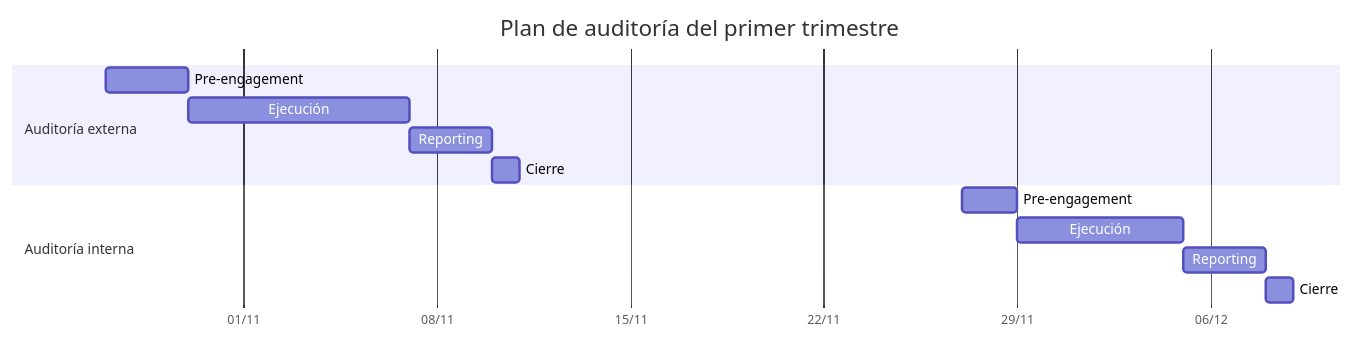
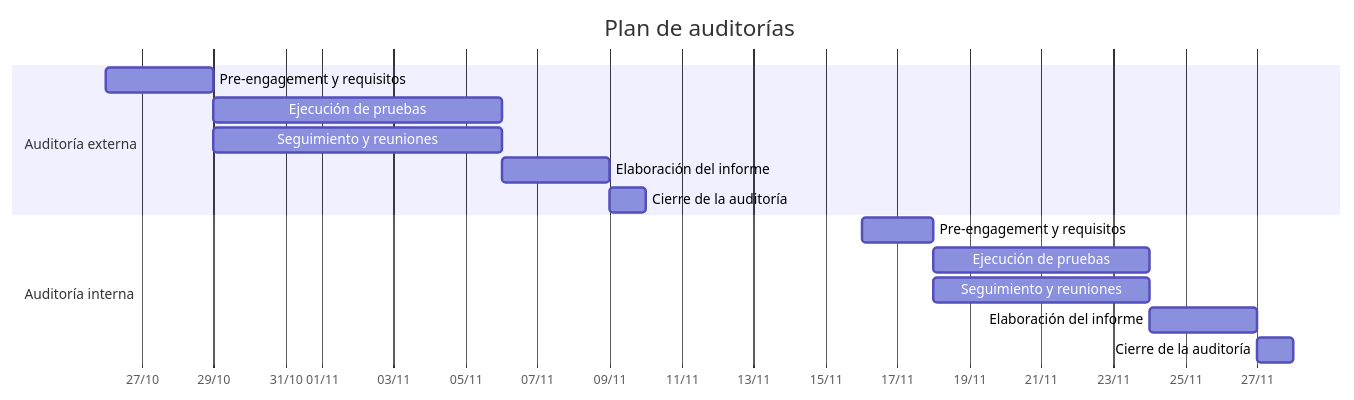
One commit to ciberchh3f/UT1.01_Auditoria_de_Hacking_Etico changed the diagram in README.md. Above: the diagram before and after it, drawn with Mermaid.

````diff
--- a/README.md
+++ b/README.md
@@ -138,18 +138,20 @@
 ```mermaid
 gantt
-    title Plan de auditoría del primer trimestre
+    title Plan de auditorías
     dateFormat YYYY-MM-DD
     axisFormat %d/%m
 
     section Auditoría externa
-    Pre-engagement       :a1, 2026-10-27, 3d
-    Ejecución            :a2, after a1, 8d
-    Reporting            :a3, after a2, 3d
-    Cierre               :a4, after a3, 1d
+    Pre-engagement y requisitos :a1, 2026-10-26, 3d
+    Ejecución de pruebas :a2, after a1, 8d
+    Seguimiento y reuniones :a3, 2026-10-29, 8d
+    Elaboración del informe :a4, after a2, 3d
+    Cierre de la auditoría :a5, after a4, 1d
 
     section Auditoría interna
-    Pre-engagement       :b1, 2026-11-27, 2d
-    Ejecución            :b2, after b1, 6d
-    Reporting            :b3, after b2, 3d
-    Cierre               :b4, after b3, 1d
+    Pre-engagement y requisitos :b1, 2026-11-16, 2d
+    Ejecución de pruebas :b2, after b1, 6d
+    Seguimiento y reuniones :b3, 2026-11-18, 6d
+    Elaboración del informe :b4, after b2, 3d
+    Cierre de la auditoría :b5, after b4, 1d
 ```
````
